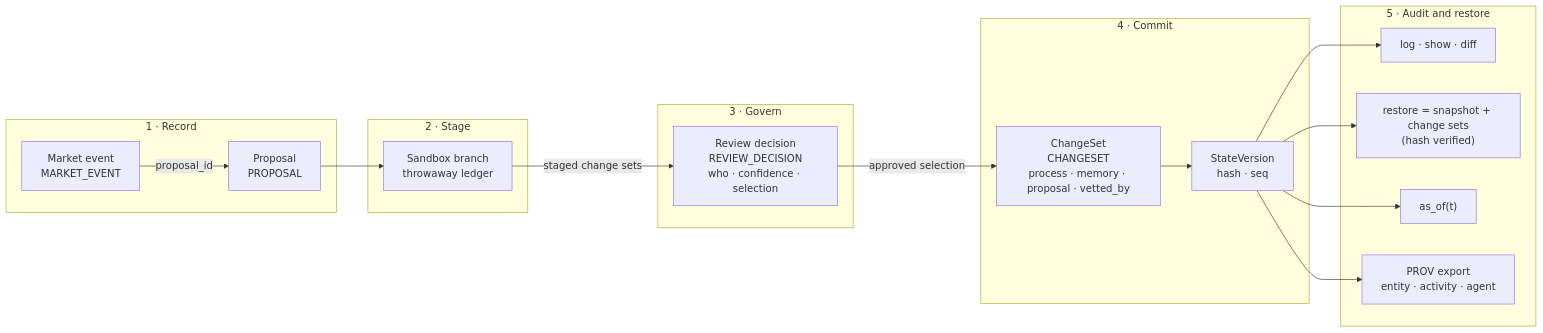
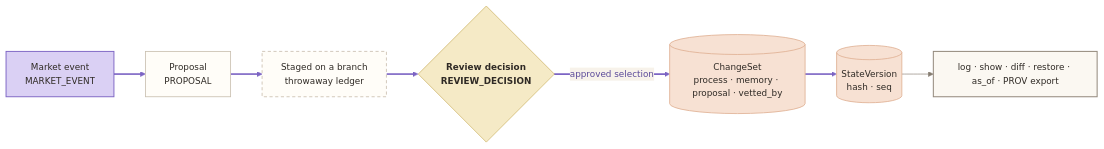
Before and after one commit to Axelrod-AI-Engineering/world-model: the sixth of 7 diagrams in docs/design/architecture.md, drawn with Mermaid. The commit also changed other lines of this file and 17 other files, not shown here.

First line of the commit message:
Diagrams in the app's flowchart style, with the happy path in purple; leaner design docs

````diff
--- a/docs/design/architecture.md
+++ b/docs/design/architecture.md
@@ -196,26 +233,21 @@
 ```mermaid
+%% style: begin (scripts/docs/style_mermaid.py)
+%%{init: {"theme": "base", "themeVariables": {"fontSize": "14px", "primaryColor": "#FFFDF8", "primaryBorderColor": "#C9BFAF", "primaryTextColor": "#2F2A25", "lineColor": "#857C70", "textColor": "#2F2A25", "secondaryColor": "#F7F2EA", "tertiaryColor": "#FBF8F2", "edgeLabelBackground": "#F7F2EA", "clusterBkg": "#F7F2EA", "clusterBorder": "#E4DACB", "titleColor": "#665E54"}}}%%
+%% style: end
 flowchart LR
-  subgraph S1["1 · Record"]
-    ME["Market event<br/>MARKET_EVENT"]
-    PR["Proposal<br/>PROPOSAL"]
-  end
-  subgraph S2["2 · Stage"]
-    SB["Sandbox branch<br/>throwaway ledger"]
-  end
-  subgraph S3["3 · Govern"]
-    RV["Review decision<br/>REVIEW_DECISION<br/>who · confidence · selection"]
-  end
-  subgraph S4["4 · Commit"]
-    CS["ChangeSet<br/>CHANGESET<br/>process · memory · proposal · vetted_by"]
-    SV["StateVersion<br/>hash · seq"]
-  end
-  subgraph S5["5 · Audit and restore"]
-    LOG["log · show · diff"]
-    RST["restore = snapshot + change sets<br/>(hash verified)"]
-    ASOF["as_of(t)"]
-    PROV["PROV export<br/>entity · activity · agent"]
-  end
-  ME -- "proposal_id" --> PR --> SB -- "staged change sets" --> RV
-  RV -- "approved selection" --> CS --> SV
-  SV --> LOG & RST & ASOF & PROV
+  ME["Market event<br/>MARKET_EVENT"]:::start ==> PR["Proposal<br/>PROPOSAL"]:::step
+  PR ==> SB["Staged on a branch<br/>throwaway ledger"]:::opt
+  SB ==> RV{"Review decision<br/>REVIEW_DECISION"}:::check
+  RV ==>|approved selection| CS[("ChangeSet<br/>process · memory · proposal · vetted_by")]:::store
+  CS ==> SV[("StateVersion<br/>hash · seq")]:::store
+  SV --> AUD["log · show · diff · restore · as_of · PROV export"]:::done
+  %% style: classes and happy path
+  classDef start fill:#DAD0F4,stroke:#7C64C4,stroke-width:1.5px,color:#2F2A25
+  classDef step fill:#FFFDF8,stroke:#C9BFAF,stroke-width:1.3px,color:#2F2A25
+  classDef opt fill:#FFFDF8,stroke:#C9BFAF,stroke-width:1.3px,stroke-dasharray:5 4,color:#2F2A25
+  classDef check fill:#F5EAC6,stroke:#D2BB72,stroke-width:1.3px,color:#2F2A25,font-weight:600
+  classDef store fill:#F7E1D3,stroke:#E0B092,stroke-width:1.3px,color:#2F2A25
+  classDef done fill:#FBF8F2,stroke:#93897C,stroke-width:1.6px,color:#2F2A25
+  linkStyle 0,1,2,3,4 stroke:#7C64C4,stroke-width:2.6px,color:#5B4A99
+  %% style: end
 ```
````
